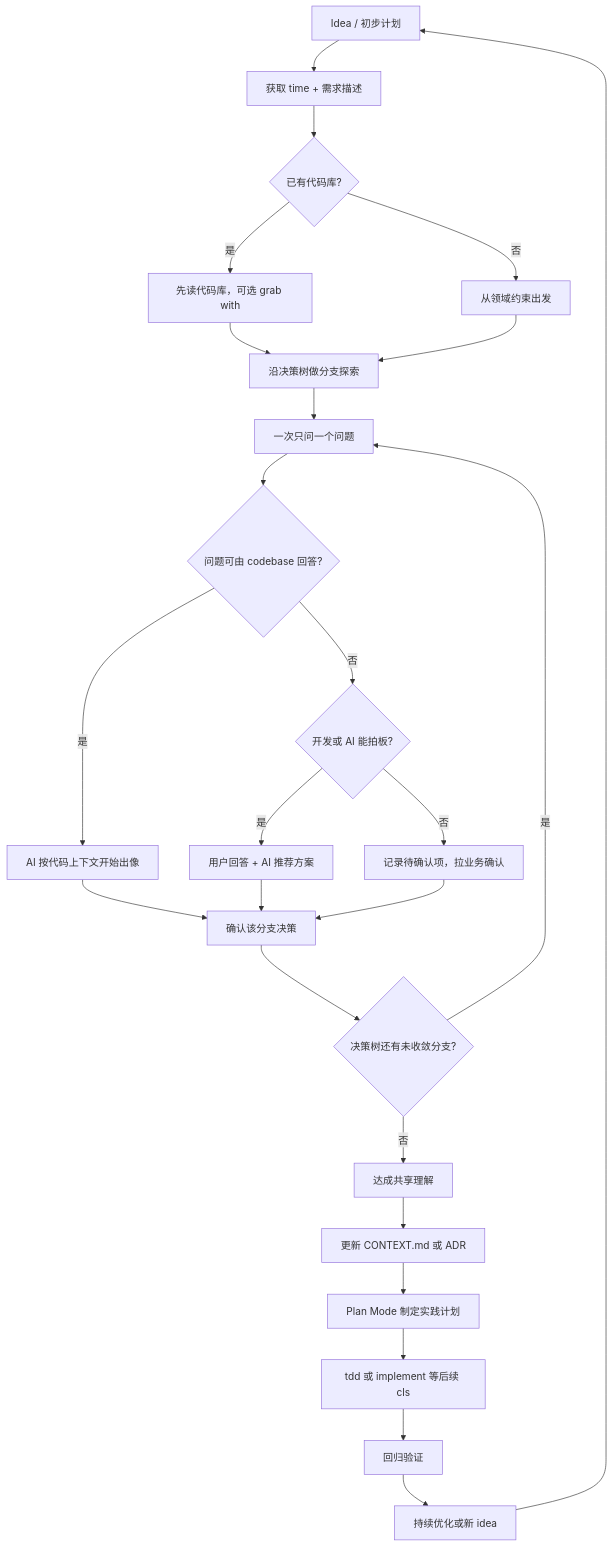
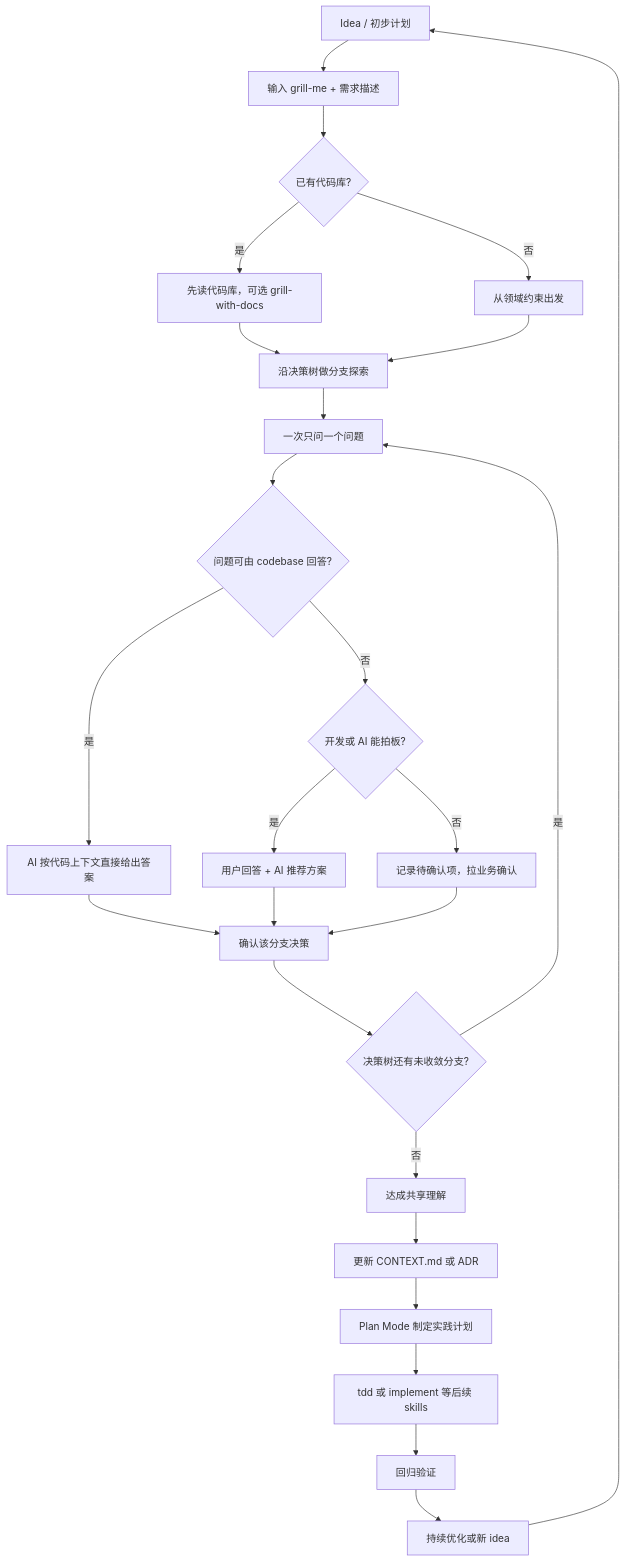
Before and after one commit to miku8miku/hexo-fluid-blog: the diagram in source/_posts/grill-me.md, drawn with Mermaid.

Commit message:
docs(grill-me): 更新流程图描述细节
- 将“获取 time + 需求描述”修改为“输入 grill-me + 需求描述”
- 将“可选 grab with”修改为“可选 grill-with-docs”
- 优化“AI 按代码上下文开始出像”描述为“AI 按代码上下文直接给出答案”
- 将“后续 cls”改为“后续 skills”以更准确描述后续步骤

````diff
--- a/source/_posts/grill-me.md
+++ b/source/_posts/grill-me.md
@@ -95,49 +95,49 @@
 ```mermaid
 flowchart TD
     A[Idea / 初步计划]
-    B[获取 time + 需求描述]
+    B[输入 grill-me + 需求描述]
     C{已有代码库?}
-    D[先读代码库，可选 grab with]
+    D[先读代码库，可选 grill-with-docs]
     E[从领域约束出发]
     F[沿决策树做分支探索]
     G[一次只问一个问题]
     H{问题可由 codebase 回答?}
-    I[AI 按代码上下文开始出像]
+    I[AI 按代码上下文直接给出答案]
     J{开发或 AI 能拍板?}
     K[用户回答 + AI 推荐方案]
     L[记录待确认项，拉业务确认]
     M[确认该分支决策]
     N{决策树还有未收敛分支?}
     O[达成共享理解]
     P[更新 CONTEXT.md 或 ADR]
     Q[Plan Mode 制定实践计划]
-    R[tdd 或 implement 等后续 cls]
+    R[tdd 或 implement 等后续 skills]
     S[回归验证]
     T[持续优化或新 idea]
 
     A --> B
     B --> C
     C -- 是 --> D
     C -- 否 --> E
     D --> F
     E --> F
     F --> G
     G --> H
     H -- 是 --> I
     H -- 否 --> J
     I --> M
     J -- 是 --> K
     J -- 否 --> L
     K --> M
     L --> M
     M --> N
     N -- 是 --> G
     N -- 否 --> O
     O --> P
     P --> Q
     Q --> R
     R --> S
     S --> T
     T --> A
 
 ```
````
